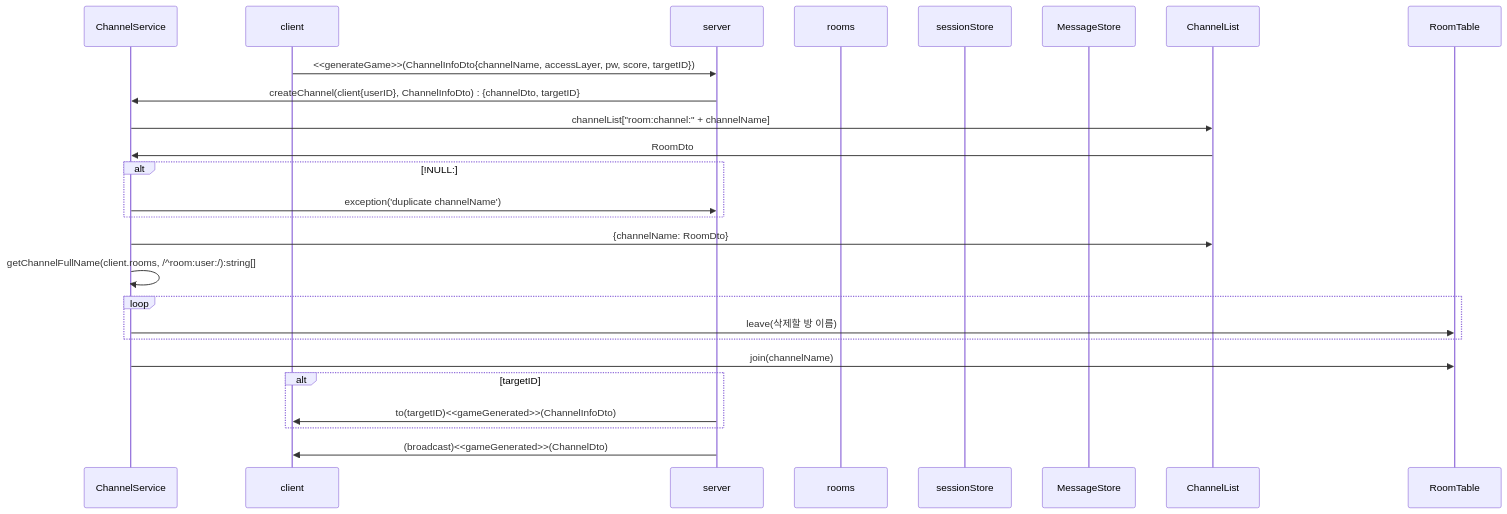
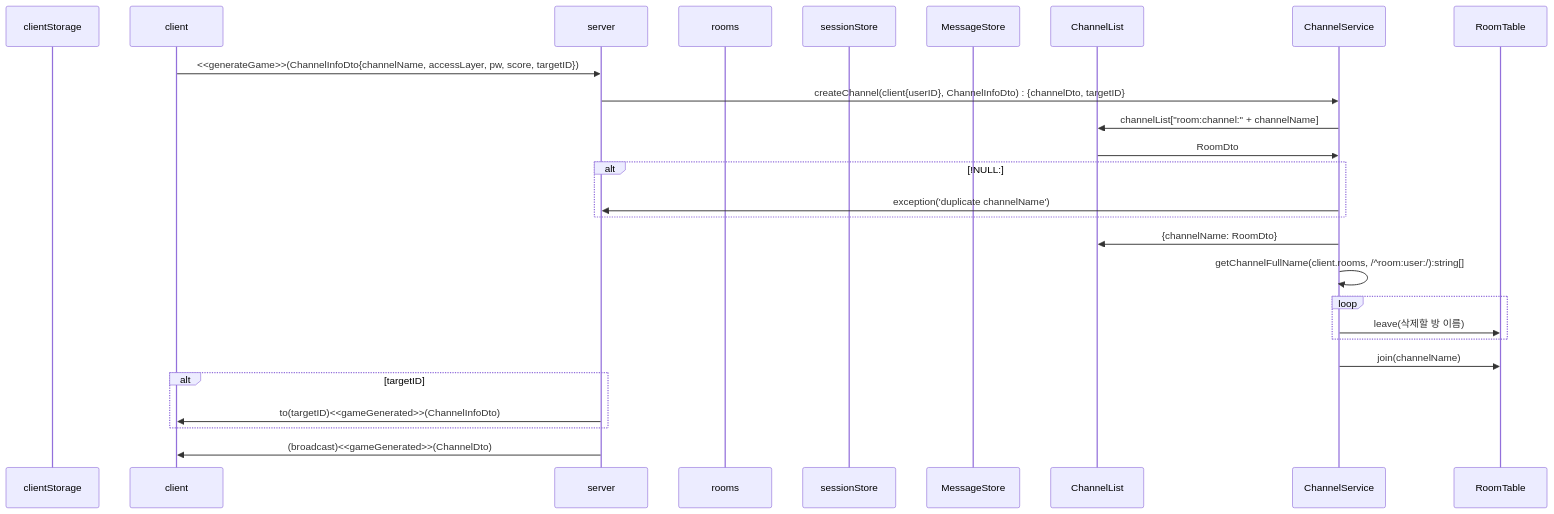
Before and after one commit to mtak0235/simmons_transcendence: diagram 19 of 19 in backend/node/app/event.md, drawn with Mermaid. The commit also changed other lines of this file and 2 other files, not shown here.

````diff
--- a/backend/node/app/event.md
+++ b/backend/node/app/event.md
@@ -410,30 +475,30 @@
 ```mermaid
 sequenceDiagram
-participant cs as clientStorage
+participant cls as clientStorage
 participant c as client
 participant ga as server
 participant r as rooms
 participant ss as sessionStore
 participant ms as MessageStore
 participant cns as ChannelList
 participant cs as ChannelService
 participant rt as RoomTable
 
 c->>ga: <<generateGame>>(ChannelInfoDto{channelName, accessLayer, pw, score, targetID})
 ga->>cs: createChannel(client{userID}, ChannelInfoDto) : {channelDto, targetID}
 cs->>cns: channelList["room:channel:" + channelName]
 cns->>cs: RoomDto
 alt !NULL:
 cs->> ga: exception('duplicate channelName');
 end
 cs->>cns: {channelName: RoomDto}
 cs->>cs: getChannelFullName(client.rooms, /^room:user:/):string[]
 loop
 cs->>rt: leave(삭제할 방 이름)
 end
 cs->>rt: join(channelName)
 alt targetID
 ga->>c: to(targetID)<<gameGenerated>>(ChannelInfoDto)
 end
 ga->>c: (broadcast)<<gameGenerated>>(ChannelDto)
 ```
````
